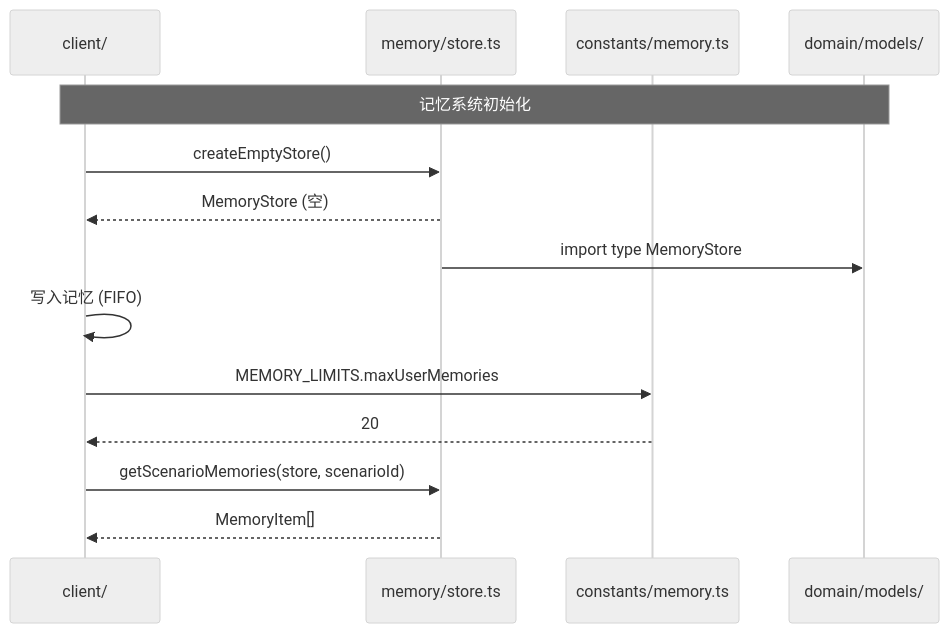
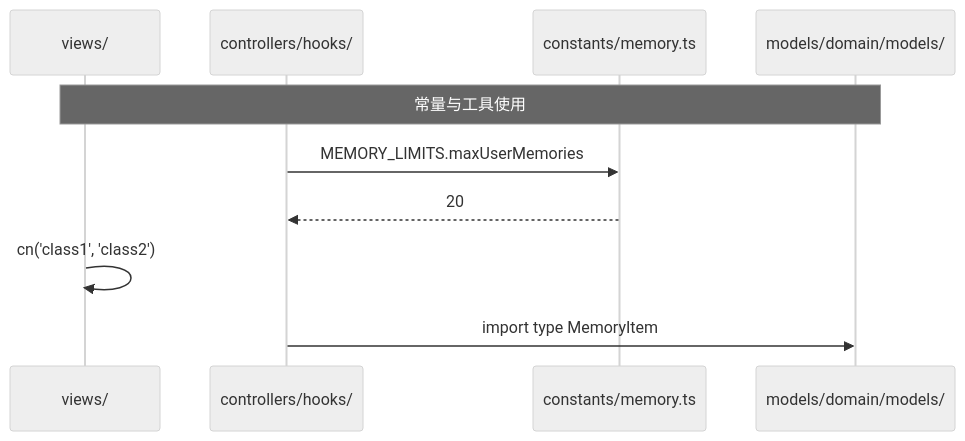
The third of 3 diagrams in src/infrastructure/CLAUDE.md (yjzaaa/leave-approval-agent), drawn with Mermaid (neutral theme) before and after one commit. The commit also changed other lines of this file and 126 other files, not shown here.

First line of the commit message:
refactor: MVC 全栈重组 — client/server/domain/scenarios → views/controllers/models

````diff
--- a/src/infrastructure/CLAUDE.md
+++ b/src/infrastructure/CLAUDE.md
@@ -87,20 +70,15 @@
 ```mermaid
 sequenceDiagram
-    participant Client as client/
-    participant Store as memory/store.ts
+    participant Views as views/
+    participant Controllers as controllers/hooks/
     participant Limits as constants/memory.ts
-    participant Domain as domain/models/
+    participant Domain as models/domain/models/
 
-    Note over Client,Domain: 记忆系统初始化
+    Note over Views,Domain: 常量与工具使用
 
-    Client->>Store: createEmptyStore()
-    Store-->>Client: MemoryStore (空)
-    Store->>Domain: import type MemoryStore
+    Controllers->>Limits: MEMORY_LIMITS.maxUserMemories
+    Limits-->>Controllers: 20
 
-    Client->>Client: 写入记忆 (FIFO)
-    Client->>Limits: MEMORY_LIMITS.maxUserMemories
-    Limits-->>Client: 20
-
-    Client->>Store: getScenarioMemories(store, scenarioId)
-    Store-->>Client: MemoryItem[]
+    Views->>Views: cn('class1', 'class2')
+    Controllers->>Domain: import type MemoryItem
 ```
````
